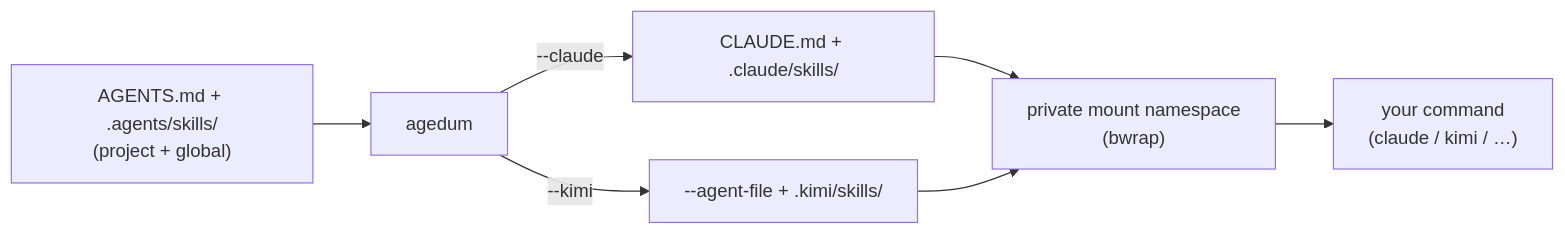
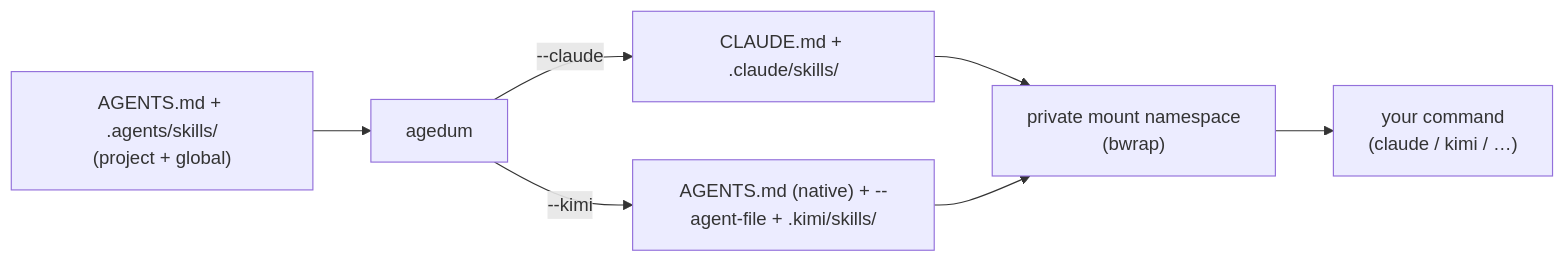
Before and after one commit to vcoeur/agedum: the diagram in docs/index.md, drawn with Mermaid. The commit also changed other lines of this file and 7 other files, not shown here.

First line of the commit message:
Fix kimi: read project AGENTS.md natively, inject only global

````diff
--- a/docs/index.md
+++ b/docs/index.md
@@ -57,9 +58,9 @@
 ```mermaid
 flowchart LR
   src["AGENTS.md + .agents/skills/<br/>(project + global)"] --> agedum
   agedum -->|"--claude"| cl["CLAUDE.md + .claude/skills/"]
-  agedum -->|"--kimi"| ki["--agent-file + .kimi/skills/"]
+  agedum -->|"--kimi"| ki["AGENTS.md (native) + --agent-file + .kimi/skills/"]
   cl --> ns["private mount namespace<br/>(bwrap)"]
   ki --> ns
   ns --> cmd["your command<br/>(claude / kimi / …)"]
 ```
````
